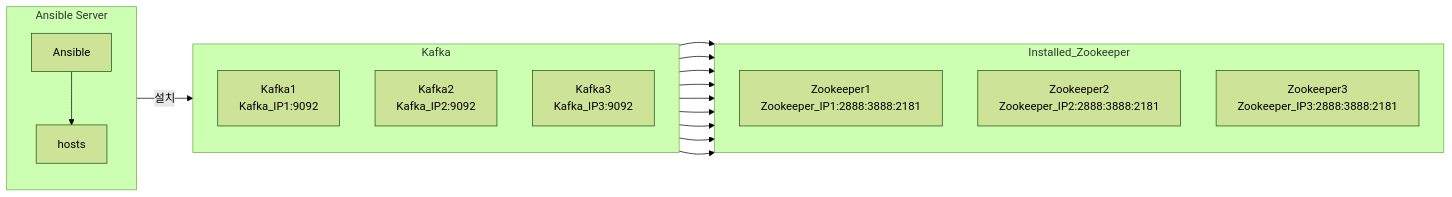
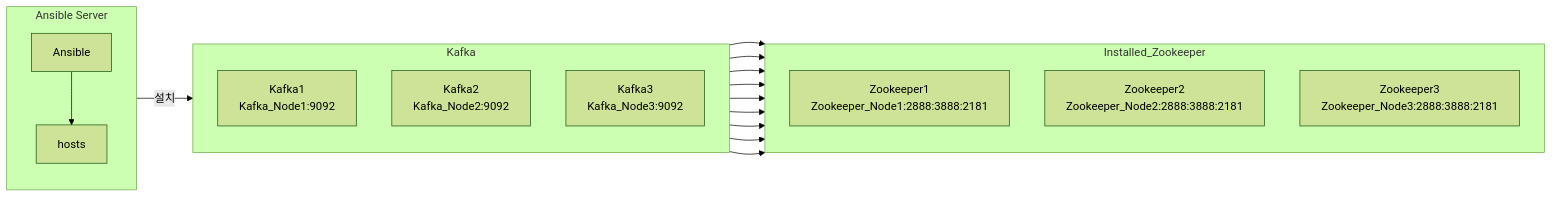
One commit to QubitSecurity/howto changed the diagram in rocky9/app/kafka/readme.md. Above: the diagram before and after it, drawn with Mermaid (forest theme).

````diff
--- a/rocky9/app/kafka/readme.md
+++ b/rocky9/app/kafka/readme.md
@@ -20,47 +20,47 @@
 ```mermaid
 graph LR;
 
     %% Define layout direction and spacing
     %% style Ansible_Server fill:#f9f,stroke:#333,stroke-width:2px,height:200px;
     %% style Zookeeper fill:#cfc,stroke:#333,stroke-width:2px;
 
 
     %% Ansible Server Section
     subgraph Ansible_Server[Ansible Server]
         direction TB
         Ansible1[Ansible]
         hosts[hosts]
         
         Ansible1 --> hosts
     end
 
     %% Zookeeper Section
     subgraph Zookeeper[Installed_Zookeeper]
         direction TB
-        Zookeeper1[Zookeeper1<br>Zookeeper_IP1:2888:3888:2181]
-        Zookeeper2[Zookeeper2<br>Zookeeper_IP2:2888:3888:2181]
-        Zookeeper3[Zookeeper3<br>Zookeeper_IP3:2888:3888:2181]
+        Zookeeper1[Zookeeper1<br>Zookeeper_Node1:2888:3888:2181]
+        Zookeeper2[Zookeeper2<br>Zookeeper_Node2:2888:3888:2181]
+        Zookeeper3[Zookeeper3<br>Zookeeper_Node3:2888:3888:2181]
         
     end
 
     %% Combined Kafka and Solr Section
         %% Kafka Subgraph
     subgraph Kafka[Kafka]
         direction TB
-        Kafka1[Kafka1<br>Kafka_IP1:9092]
-        Kafka2[Kafka2<br>Kafka_IP2:9092]
-        Kafka3[Kafka3<br>Kafka_IP3:9092]
+        Kafka1[Kafka1<br>Kafka_Node1:9092]
+        Kafka2[Kafka2<br>Kafka_Node2:9092]
+        Kafka3[Kafka3<br>Kafka_Node3:9092]
     end
 
     hosts -->|설치| Kafka
 
     Kafka1 --> Zookeeper1
     Kafka1 --> Zookeeper2
     Kafka1 --> Zookeeper3
     Kafka2 --> Zookeeper1
     Kafka2 --> Zookeeper2
     Kafka2 --> Zookeeper3
     Kafka3 --> Zookeeper1
     Kafka3 --> Zookeeper2
     Kafka3 --> Zookeeper3
 ```
````
